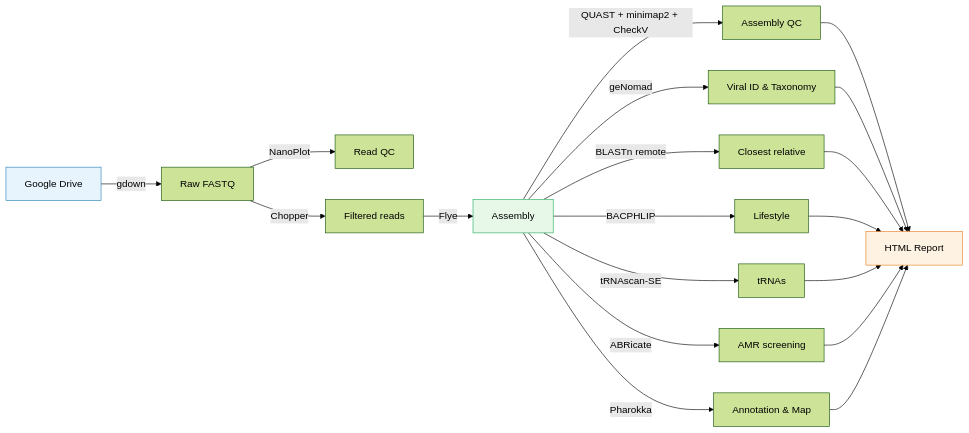
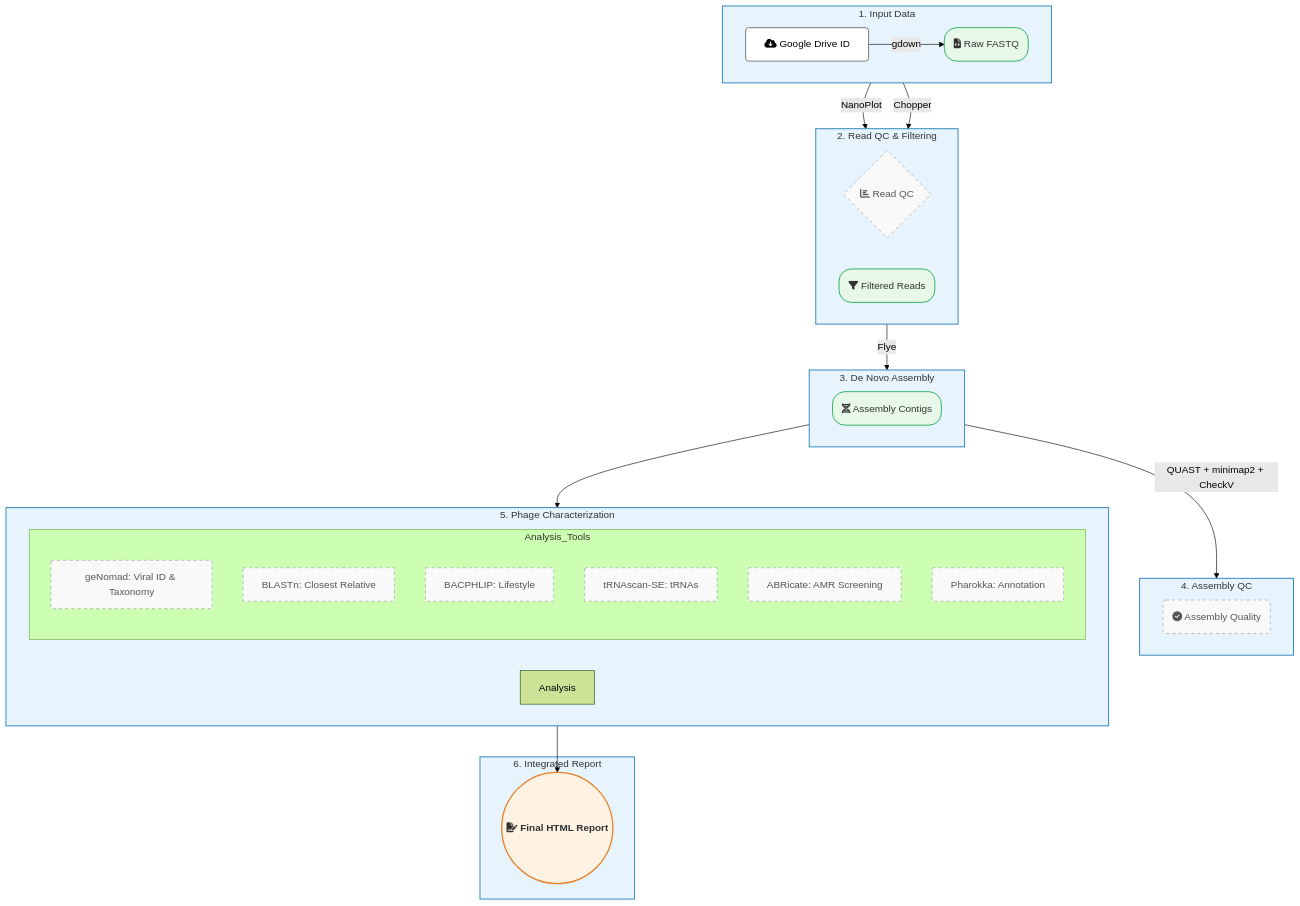
Before and after one commit to wgiovanni13/Nanophage: the diagram in README.md, drawn with Mermaid (forest theme).

Commit message:
README.md

````diff
--- a/README.md
+++ b/README.md
@@ -7,25 +7,60 @@
 ```mermaid
-graph LR
-    A[Google Drive] -->|gdown| B[Raw FASTQ]
-    B -->|NanoPlot| C[Read QC]
-    B -->|Chopper| D[Filtered reads]
-    D -->|Flye| E[Assembly]
-    E -->|QUAST + minimap2 + CheckV| F[Assembly QC]
-    E -->|geNomad| G[Viral ID & Taxonomy]
-    E -->|BLASTn remote| H[Closest relative]
-    E -->|BACPHLIP| I[Lifestyle]
-    E -->|tRNAscan-SE| J[tRNAs]
-    E -->|ABRicate| K[AMR screening]
-    E -->|Pharokka| L[Annotation & Map]
-    F --> M[HTML Report]
-    G --> M
-    H --> M
-    I --> M
-    J --> M
-    K --> M
-    L --> M
+graph TD
+    %% Define Styles
+    classDef main fill:#fff,stroke:#333,stroke-width:1px,rx:5,ry:5;
+    classDef process fill:#e8f4fd,stroke:#2980b9,stroke-width:1.5px,color:#333;
+    classDef data fill:#e8f8e8,stroke:#27ae60,stroke-width:1.5px,color:#333,rx:20,ry:20;
+    classDef final fill:#fef3e2,stroke:#e67e22,stroke-width:2px,color:#333,font-weight:bold;
+    classDef tool fill:#f9f9f9,stroke:#999,stroke-width:1px,stroke-dasharray: 5 5,color:#555;
 
-    style A fill:#e8f4fd,stroke:#2980b9
-    style E fill:#e8f8e8,stroke:#27ae60
-    style M fill:#fef3e2,stroke:#e67e22
+    %% Main Subgraphs
+    subgraph Input_Stage ["1. Input Data"]
+        direction LR
+        A[fa:fa-cloud-download Google Drive ID] -->|gdown| B(fa:fa-file-code Raw FASTQ)
+    end
+
+    subgraph QC_Stage ["2. Read QC & Filtering"]
+        direction LR
+        B -->|NanoPlot| C{fa:fa-bar-chart Read QC}
+        B -->|Chopper| D(fa:fa-filter Filtered Reads)
+    end
+
+    subgraph Assembly_Stage ["3. De Novo Assembly"]
+        direction LR
+        D -->|Flye| E(fa:fa-dna Assembly Contigs)
+    end
+
+    subgraph Assembly_QC_Stage ["4. Assembly QC"]
+        direction LR
+        E -->|QUAST + minimap2 + CheckV| F(fa:fa-check-circle Assembly Quality)
+    end
+
+    subgraph Analysis_Stage ["5. Phage Characterization"]
+        direction LR
+        E --> Analysis
+        
+        subgraph Analysis_Tools
+            direction TB
+            genomad[geNomad: Viral ID & Taxonomy]
+            blast[BLASTn: Closest Relative]
+            bacphlip[BACPHLIP: Lifestyle]
+            trna[tRNAscan-SE: tRNAs]
+            abricate[ABRicate: AMR Screening]
+            pharokka[Pharokka: Annotation]
+        end
+    end
+
+    subgraph Output_Stage ["6. Integrated Report"]
+        Analysis_Tools --> M((fa:fa-file-signature Final HTML Report))
+    end
+
+    %% Apply Classes
+    class A,M main;
+    class C,F,genomad,blast,bacphlip,trna,abricate,pharokka tool;
+    class B,D,E data;
+    class M final;
+    class Input_Stage,QC_Stage,Assembly_Stage,Assembly_QC_Stage,Analysis_Stage,Output_Stage process;
+
+    %% FontAwesome icons require a compatible font/rendering environment. 
+    %% If icons don't render, remove 'fa:fa-...' part from labels.
 ```
````
